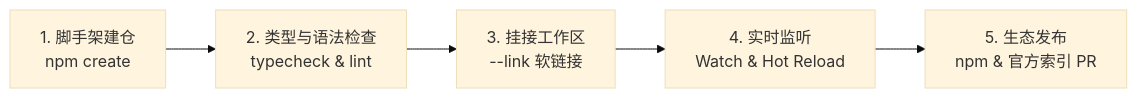
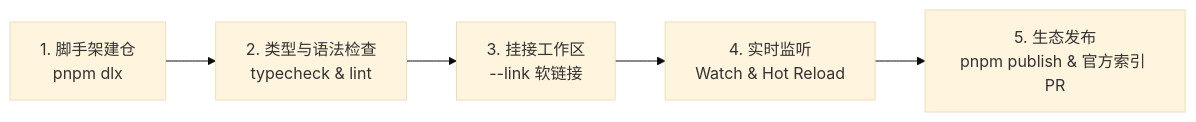
The diagram in docs/zh/dev/module-author.mdx (DogeLakeDev/ScriptsForMinecraftServer), drawn with Mermaid (base theme) before and after one commit. The commit also changed other lines of this file and 65 other files, not shown here.

````diff
--- a/docs/zh/dev/module-author.mdx
+++ b/docs/zh/dev/module-author.mdx
@@ -51,7 +47,7 @@
 ```mermaid
 flowchart LR
-  A[1. 脚手架建仓<br/>npm create] --> B[2. 类型与语法检查<br/>typecheck & lint]
+  A[1. 脚手架建仓<br/>pnpm dlx] --> B[2. 类型与语法检查<br/>typecheck & lint]
   B --> C[3. 挂接工作区<br/>--link 软链接]
   C --> D[4. 实时监听<br/>Watch & Hot Reload]
-  D --> E[5. 生态发布<br/>npm & 官方索引 PR]
+  D --> E[5. 生态发布<br/>pnpm publish & 官方索引 PR]
 ```
````
